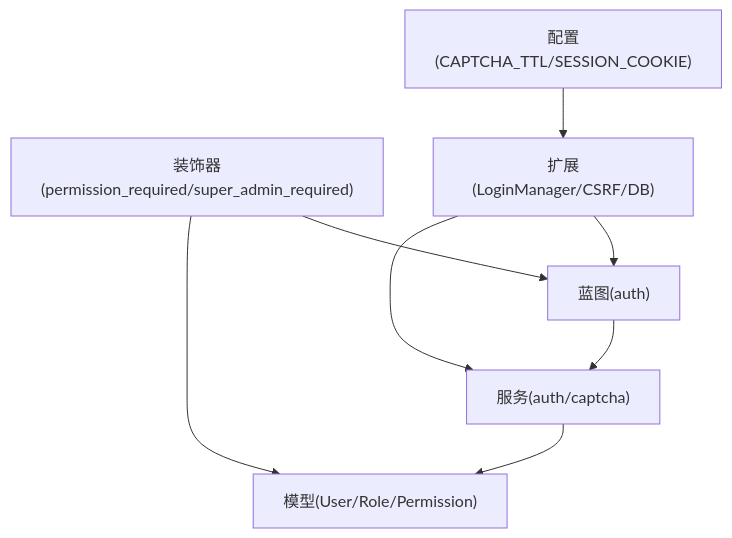
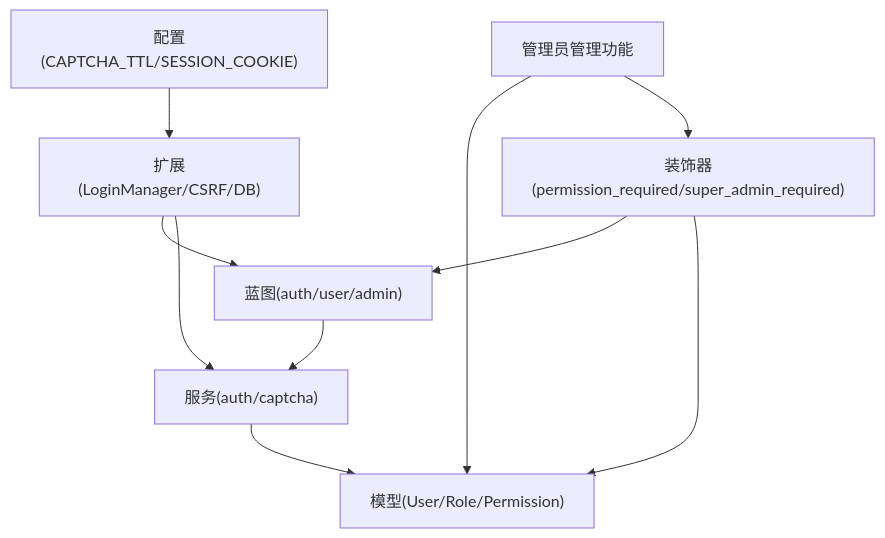
Before and after one commit to beyondalbert/my_wiki: the tenth of 10 diagrams in .qoder/repowiki/zh/content/核心模块/用户系统模块/用户系统模块.md, drawn with Mermaid. The commit also changed other lines of this file and 11 other files, not shown here.

````diff
--- a/.qoder/repowiki/zh/content/核心模块/用户系统模块/用户系统模块.md
+++ b/.qoder/repowiki/zh/content/核心模块/用户系统模块/用户系统模块.md
@@ -367,10 +470,12 @@
 ```mermaid
 graph TB
-BP["蓝图(auth)"] --> SVC["服务(auth/captcha)"]
+BP["蓝图(auth/user/admin)"] --> SVC["服务(auth/captcha)"]
 SVC --> MOD["模型(User/Role/Permission)"]
 DEC["装饰器(permission_required/super_admin_required)"] --> BP
 DEC --> MOD
 EXT["扩展(LoginManager/CSRF/DB)"] --> BP
 EXT --> SVC
 CFG["配置(CAPTCHA_TTL/SESSION_COOKIE)"] --> EXT
+ADMIN["管理员管理功能"] --> MOD
+ADMIN --> DEC
 ```
````
